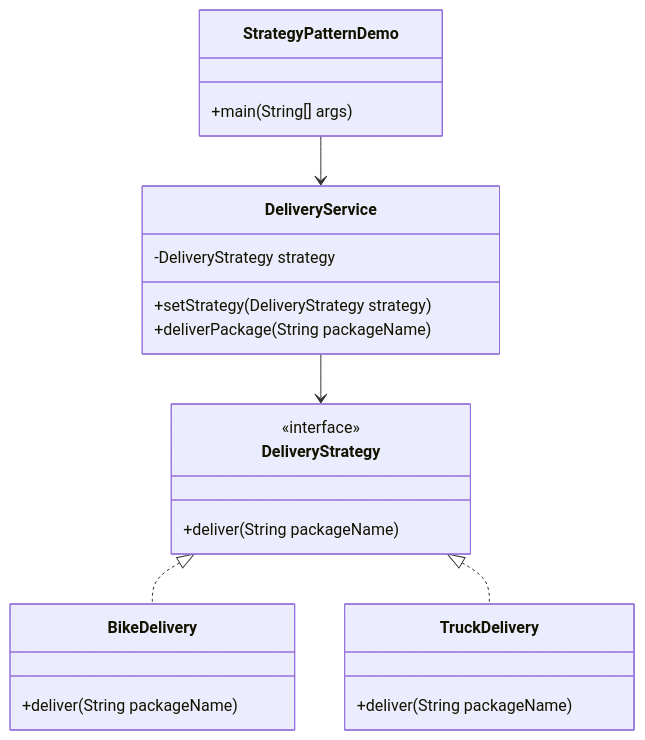
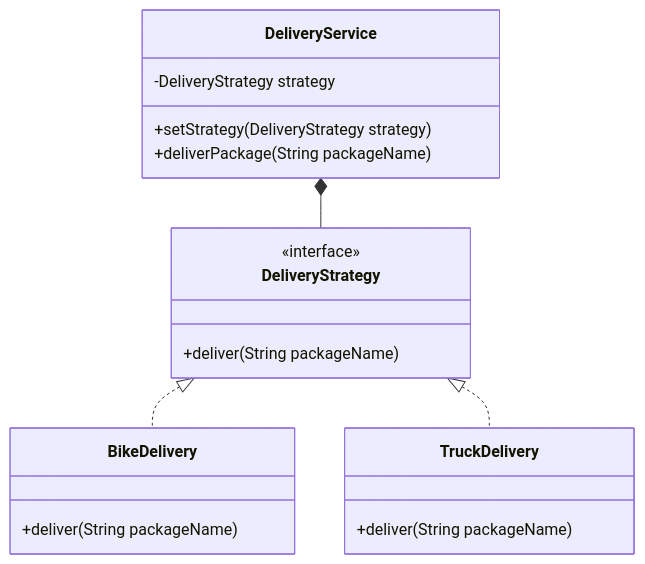
One commit to TiagoTReis/bertoti changed the diagram in padroes/strategy/pattern/uml-pattern-strategy.md. Above: the diagram before and after it, drawn with Mermaid.

````diff
--- a/padroes/strategy/pattern/uml-pattern-strategy.md
+++ b/padroes/strategy/pattern/uml-pattern-strategy.md
@@ -1,30 +1,28 @@
 ```mermaid
 classDiagram
     class DeliveryStrategy {
         <<interface>>
         +deliver(String packageName)
     }
 
     class BikeDelivery {
         +deliver(String packageName)
     }
 
     class TruckDelivery {
         +deliver(String packageName)
     }
 
     class DeliveryService {
         -DeliveryStrategy strategy
         +setStrategy(DeliveryStrategy strategy)
         +deliverPackage(String packageName)
     }
 
-    class StrategyPatternDemo {
-        +main(String[] args)
-    }
+    
 
+    DeliveryService *-- DeliveryStrategy 
     DeliveryStrategy <|.. BikeDelivery
     DeliveryStrategy <|.. TruckDelivery
-    DeliveryService --> DeliveryStrategy
-    StrategyPatternDemo --> DeliveryService
+    
 ```
````
